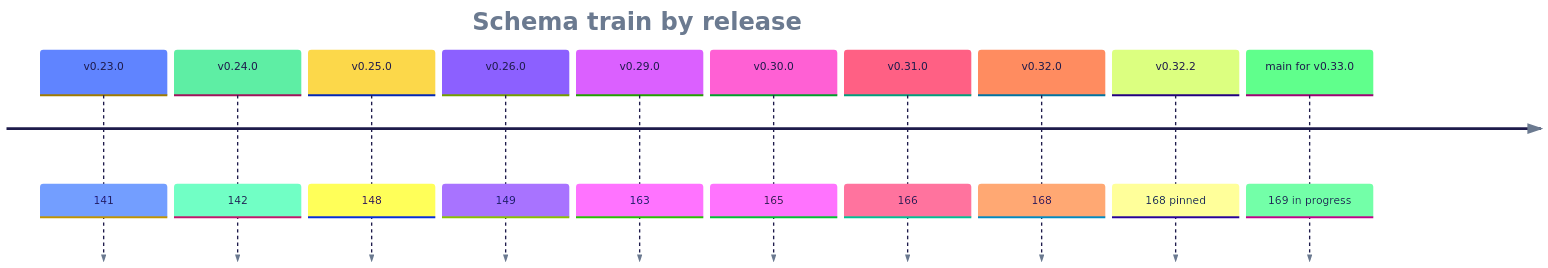
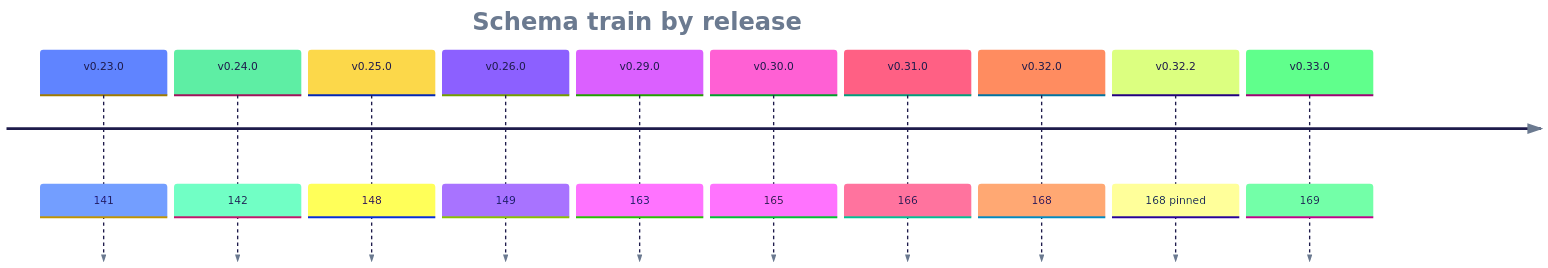
One commit to raphaelmansuy/edgequake changed the diagram in docs/whats-new.md. Above: the diagram before and after it, drawn with Mermaid. The commit also changed other lines of this file and 16 other files, not shown here.

````diff
--- a/docs/whats-new.md
+++ b/docs/whats-new.md
@@ -12,16 +12,16 @@
 ```mermaid
 %%{init: {"theme":"base","themeVariables":{"primaryColor":"#E0E7FF","primaryBorderColor":"#6366F1","primaryTextColor":"#1E1B4B","secondaryColor":"#D1FAE5","secondaryBorderColor":"#10B981","secondaryTextColor":"#064E3B","tertiaryColor":"#FEF3C7","tertiaryBorderColor":"#F59E0B","tertiaryTextColor":"#6B7A90","lineColor":"#7A889C","clusterBkg":"rgba(99,102,241,0.07)","clusterBorder":"#A5B4FC","noteBkgColor":"#FEF9C3","noteTextColor":"#422006","textColor":"#6B7A90","titleColor":"#6B7A90","signalColor":"#7A889C","signalTextColor":"#6B7A90","loopTextColor":"#6B7A90","edgeLabelBackground":"#F1F5F9","actorLineColor":"#94A3B8"}}}%%
 %% eq-theme:v1
 timeline
     title Schema train by release
     v0.23.0 : 141
     v0.24.0 : 142
     v0.25.0 : 148
     v0.26.0 : 149
     v0.29.0 : 163
     v0.30.0 : 165
     v0.31.0 : 166
     v0.32.0 : 168
     v0.32.2 : 168 pinned
-    main for v0.33.0 : 169 in progress
+    v0.33.0 : 169
 ```
````
